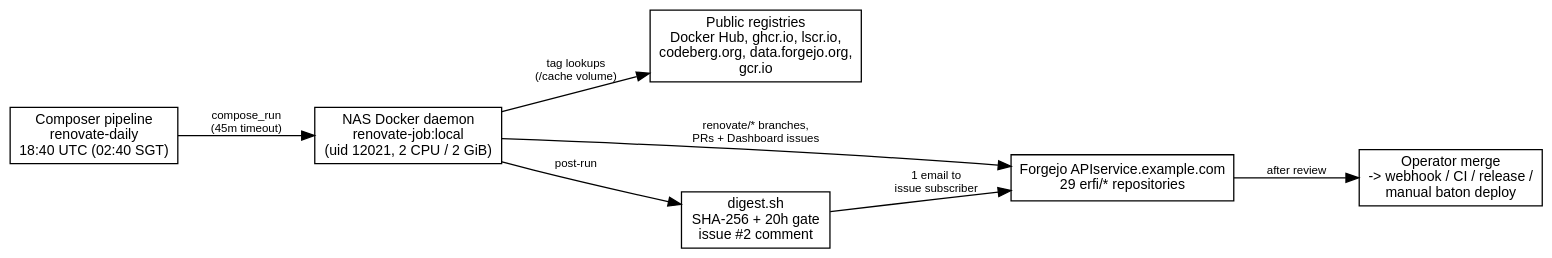
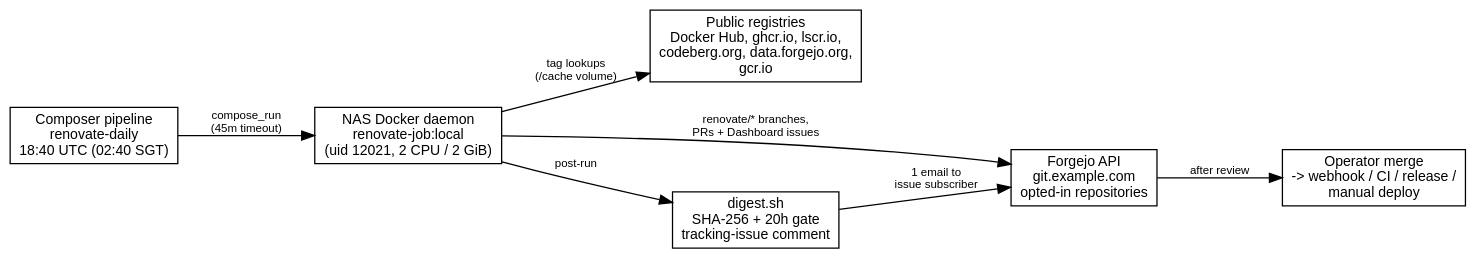
The first of 2 diagrams in src/content/docs/reference/self-hosted-renovate-forgejo.mdx (erfianugrah/lexicanum), drawn with Graphviz before and after one commit. The commit also changed other lines of this file and 1 other file, not shown here.

````diff
--- a/src/content/docs/reference/self-hosted-renovate-forgejo.mdx
+++ b/src/content/docs/reference/self-hosted-renovate-forgejo.mdx
@@ -25,22 +25,22 @@
 ```dot
 digraph {
   rankdir=LR; bgcolor="transparent"; nodesep=0.3; ranksep=0.7;
   fontname="Helvetica,Arial,sans-serif";
   node [fontname="Helvetica,Arial,sans-serif", fontsize=11, shape=box];
   edge [fontname="Helvetica,Arial,sans-serif", fontsize=9];
 
   pipeline [label="Composer pipeline\nrenovate-daily\n18:40 UTC (02:40 SGT)"];
   job [label="NAS Docker daemon\nrenovate-job:local\n(uid 12021, 2 CPU / 2 GiB)"];
   reg [label="Public registries\nDocker Hub, ghcr.io, lscr.io,\ncodeberg.org, data.forgejo.org,\ngcr.io"];
-  forgejo [label="Forgejo API\service.example.com\n29 erfi/* repositories"];
-  digest [label="digest.sh\nSHA-256 + 20h gate\nissue #2 comment"];
-  deploy [label="Operator merge\n-> webhook / CI / release /\nmanual baton deploy"];
+  forgejo [label="Forgejo API\ngit.example.com\nopted-in repositories"];
+  digest [label="digest.sh\nSHA-256 + 20h gate\ntracking-issue comment"];
+  deploy [label="Operator merge\n-> webhook / CI / release /\nmanual deploy"];
 
   pipeline -> job [label="compose_run\n(45m timeout)"];
   job -> reg [label="tag lookups\n(/cache volume)"];
   job -> forgejo [label="renovate/* branches,\nPRs + Dashboard issues"];
   job -> digest [label="post-run"];
   digest -> forgejo [label="1 email to\nissue subscriber"];
   forgejo -> deploy [label="after review"];
 }
 ```
````
